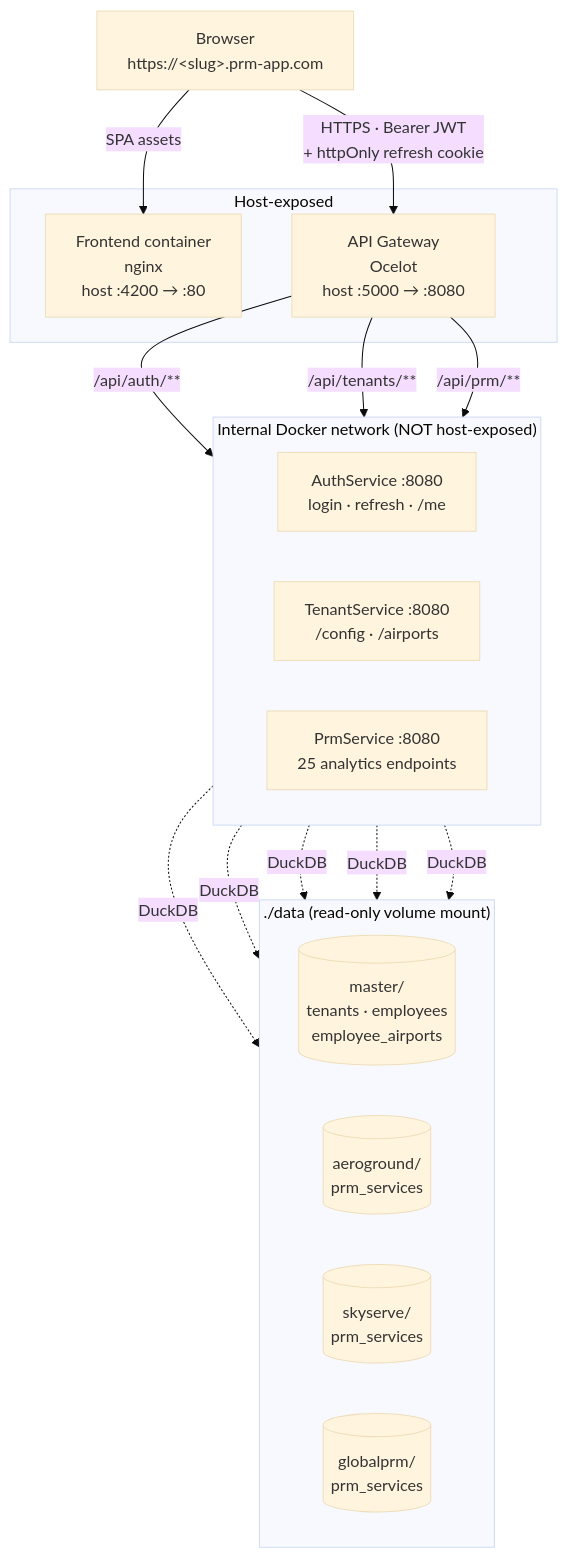
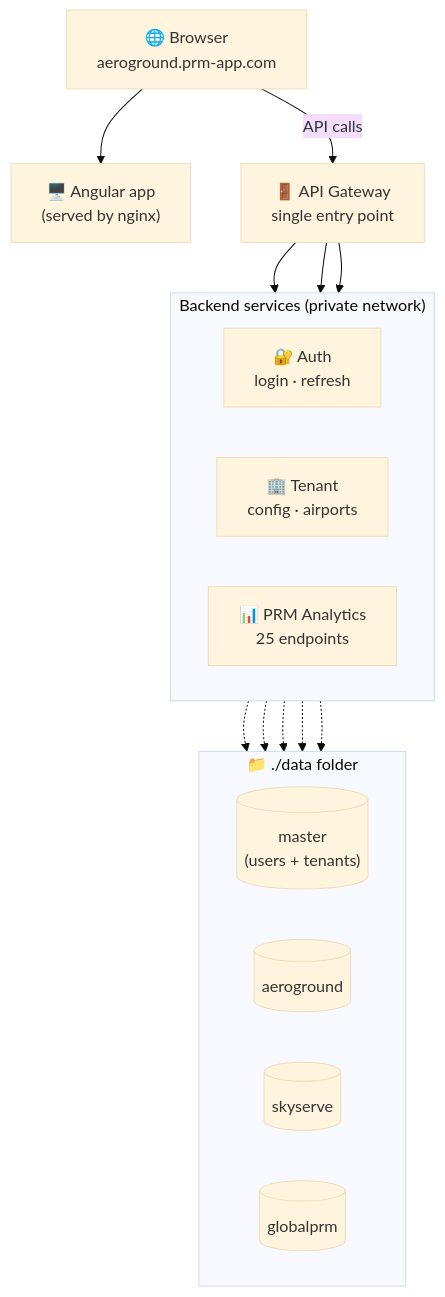
One commit to cosmo666/prm-dashboard changed the second of 6 diagrams in README.md. Above: the diagram before and after it, drawn with Mermaid (base theme). The commit also changed other lines of this file and 3 other files, not shown here.

````diff
--- a/README.md
+++ b/README.md
@@ -20,35 +43,33 @@
 ```mermaid
 flowchart TB
-    Browser["Browser<br/>https://&lt;slug&gt;.prm-app.com"]
+    Browser["🌐 Browser<br/>aeroground.prm-app.com"]
 
-    subgraph HostExposed["Host-exposed"]
-        Frontend["Frontend container<br/>nginx<br/>host :4200 → :80"]
-        Gateway["API Gateway<br/>Ocelot<br/>host :5000 → :8080"]
+    Frontend["🖥️ Angular app<br/>(served by nginx)"]
+    Gateway["🚪 API Gateway<br/>single entry point"]
+
+    subgraph Backend["Backend services (private network)"]
+        direction LR
+        Auth["🔐 Auth<br/>login · refresh"]
+        Tenant["🏢 Tenant<br/>config · airports"]
+        Prm["📊 PRM Analytics<br/>25 endpoints"]
     end
 
-    subgraph Internal["Internal Docker network (NOT host-exposed)"]
+    subgraph Data["📁 ./data folder"]
         direction LR
-        Auth["AuthService :8080<br/>login · refresh · /me"]
-        Tenant["TenantService :8080<br/>/config · /airports"]
-        Prm["PrmService :8080<br/>25 analytics endpoints"]
+        Master[("master<br/>(users + tenants)")]
+        T1[("aeroground")]
+        T2[("skyserve")]
+        T3[("globalprm")]
     end
 
-    subgraph Volume["./data (read-only volume mount)"]
-        direction LR
-        Master[("master/<br/>tenants · employees<br/>employee_airports")]
-        T1[("aeroground/<br/>prm_services")]
-        T2[("skyserve/<br/>prm_services")]
-        T3[("globalprm/<br/>prm_services")]
-    end
-
-    Browser -->|SPA assets| Frontend
-    Browser -->|HTTPS · Bearer JWT<br/>+ httpOnly refresh cookie| Gateway
-    Gateway -->|/api/auth/**| Auth
-    Gateway -->|/api/tenants/**| Tenant
-    Gateway -->|/api/prm/**| Prm
-    Auth -.->|DuckDB| Master
-    Tenant -.->|DuckDB| Master
-    Prm -.->|DuckDB| T1
-    Prm -.->|DuckDB| T2
-    Prm -.->|DuckDB| T3
+    Browser --> Frontend
+    Browser -->|API calls| Gateway
+    Gateway --> Auth
+    Gateway --> Tenant
+    Gateway --> Prm
+    Auth -.-> Master
+    Tenant -.-> Master
+    Prm -.-> T1
+    Prm -.-> T2
+    Prm -.-> T3
 ```
````
